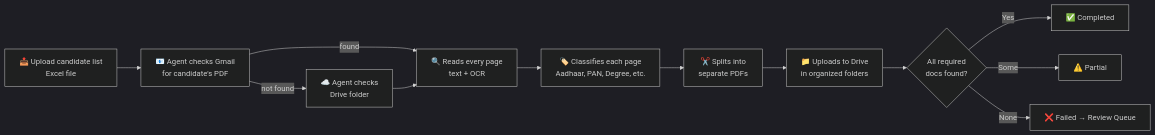
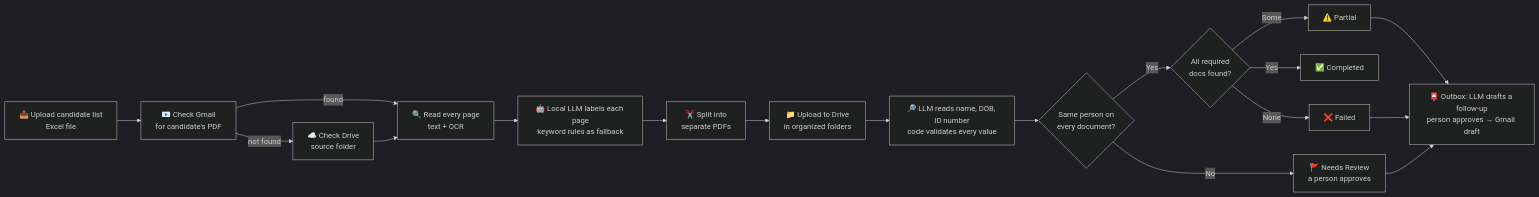
Before and after one commit to pavneetgrewal021-hash/BVG--agent: the first of 2 diagrams in README.md, drawn with Mermaid (dark theme). The commit also changed other lines of this file, not shown here.

First line of the commit message:
Update README for the local-LLM upgrade

````diff
--- a/README.md
+++ b/README.md
@@ -29,14 +43,20 @@
 ```mermaid
 flowchart LR
-    A[📤 Upload candidate list<br/>Excel file] --> B[📧 Agent checks Gmail<br/>for candidate's PDF]
-    B -->|not found| C[☁️ Agent checks<br/>Drive folder]
-    B -->|found| D[🔍 Reads every page<br/>text + OCR]
+    A[📤 Upload candidate list<br/>Excel file] --> B[📧 Check Gmail<br/>for candidate's PDF]
+    B -->|not found| C[☁️ Check Drive<br/>source folder]
+    B -->|found| D[🔍 Read every page<br/>text + OCR]
     C --> D
-    D --> E[🏷️ Classifies each page<br/>Aadhaar, PAN, Degree, etc.]
-    E --> F[✂️ Splits into<br/>separate PDFs]
-    F --> G[📁 Uploads to Drive<br/>in organized folders]
-    G --> H{All required<br/>docs found?}
-    H -->|Yes| I[✅ Completed]
-    H -->|Some| J[⚠️ Partial]
-    H -->|None| K[❌ Failed → Review Queue]
+    D --> E[🤖 Local LLM labels each page<br/>keyword rules as fallback]
+    E --> F[✂️ Split into<br/>separate PDFs]
+    F --> G[📁 Upload to Drive<br/>in organized folders]
+    G --> H[🔎 LLM reads name, DOB, ID number<br/>code validates every value]
+    H --> I{Same person on<br/>every document?}
+    I -->|No| R[🚩 Needs Review<br/>a person approves]
+    I -->|Yes| S{All required<br/>docs found?}
+    S -->|Yes| J[✅ Completed]
+    S -->|Some| K[⚠️ Partial]
+    S -->|None| L[❌ Failed]
+    K --> M[📮 Outbox: LLM drafts a follow-up<br/>person approves → Gmail draft]
+    L --> M
+    R --> M
 ```
````
